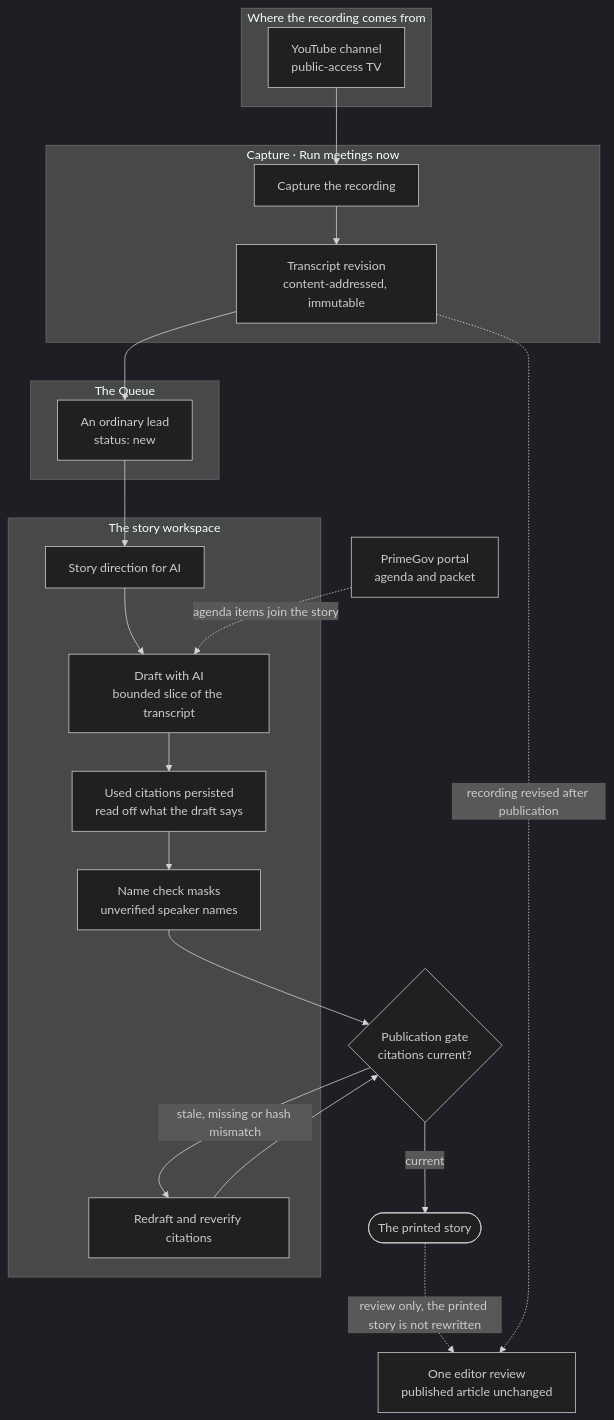
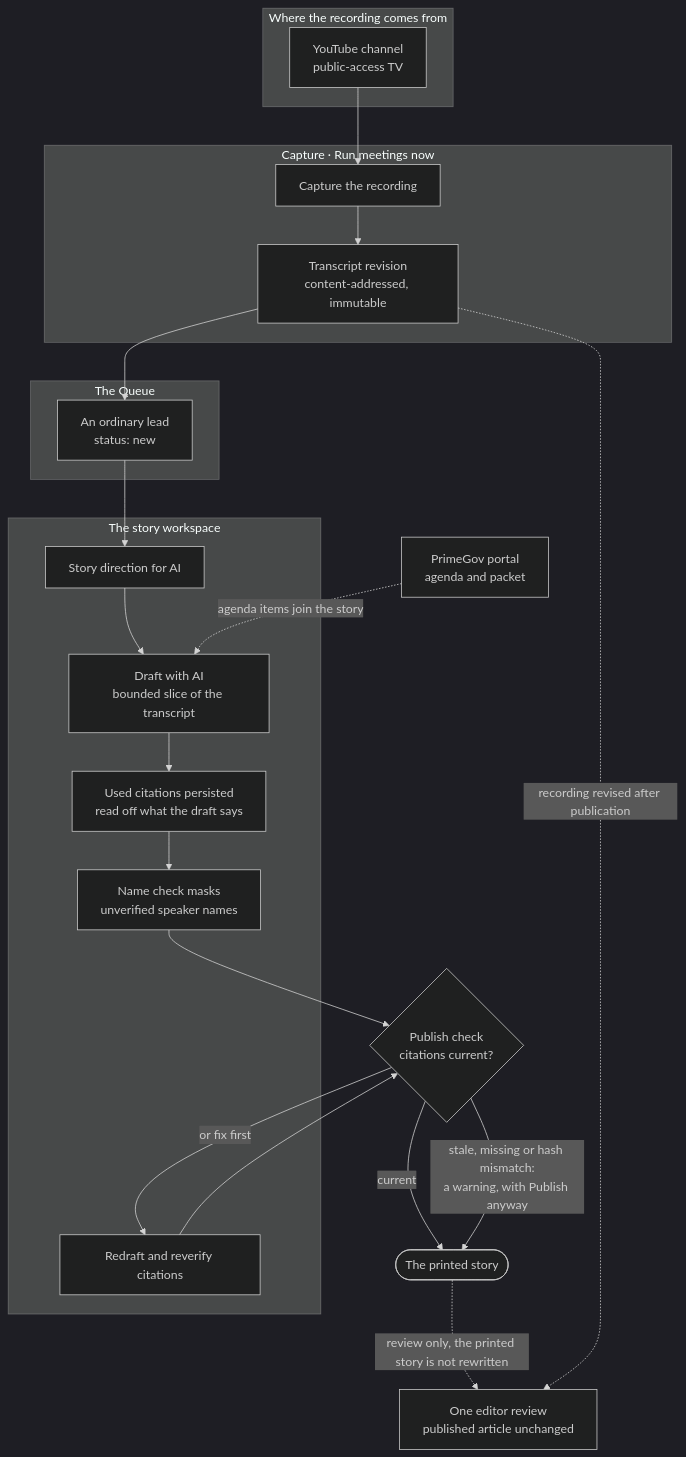
One commit to scottconverse/TownReporter changed the diagram in docs/diagrams/meeting-to-story.mmd. Above: the diagram before and after it, drawn with Mermaid (dark theme). The commit also changed 51 other files, not shown here.

First line of the commit message:
docs: 0.6.84 release docs - full user manual, landing page, README, guides, diagrams

```diff
--- a/docs/diagrams/meeting-to-story.mmd
+++ b/docs/diagrams/meeting-to-story.mmd
@@ -1,41 +1,42 @@
 flowchart TB
     subgraph where["Where the recording comes from"]
         CH["YouTube channel<br/>public-access TV"]
     end
     PG["PrimeGov portal<br/>agenda and packet"]
 
     subgraph capturing["Capture · Run meetings now"]
         CAP["Capture the recording"]
         REV["Transcript revision<br/>content-addressed, immutable"]
     end
 
     subgraph queued["The Queue"]
         LEAD["An ordinary lead<br/>status: new"]
     end
 
     subgraph writing["The story workspace"]
         DIR["Story direction for AI"]
         DRAFT["Draft with AI<br/>bounded slice of the transcript"]
         USED["Used citations persisted<br/>read off what the draft says"]
         MASK["Name check masks<br/>unverified speaker names"]
         REDRAFT["Redraft and reverify citations"]
     end
 
-    GATE{"Publication gate<br/>citations current?"}
+    GATE{"Publish check<br/>citations current?"}
     PAPER(["The printed story"])
     REVIEW["One editor review<br/>published article unchanged"]
 
     CH --> CAP
     PG -.->|"agenda items join the story"| DRAFT
     CAP --> REV
     REV --> LEAD
     LEAD --> DIR
     DIR --> DRAFT
     DRAFT --> USED
     USED --> MASK
     MASK --> GATE
     GATE -->|current| PAPER
-    GATE -->|"stale, missing or hash mismatch"| REDRAFT
+    GATE -->|"stale, missing or hash mismatch:<br/>a warning, with Publish anyway"| PAPER
+    GATE -->|"or fix first"| REDRAFT
     REDRAFT --> GATE
     REV -.->|"recording revised after publication"| REVIEW
     PAPER -.->|"review only, the printed story is not rewritten"| REVIEW
```
